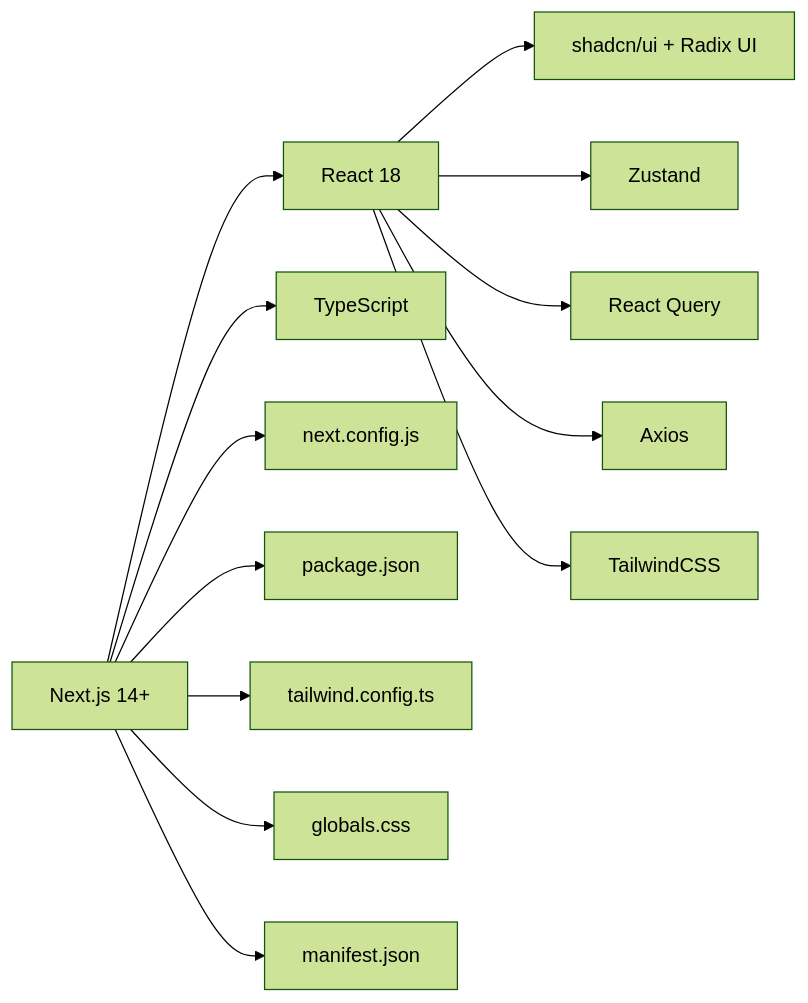
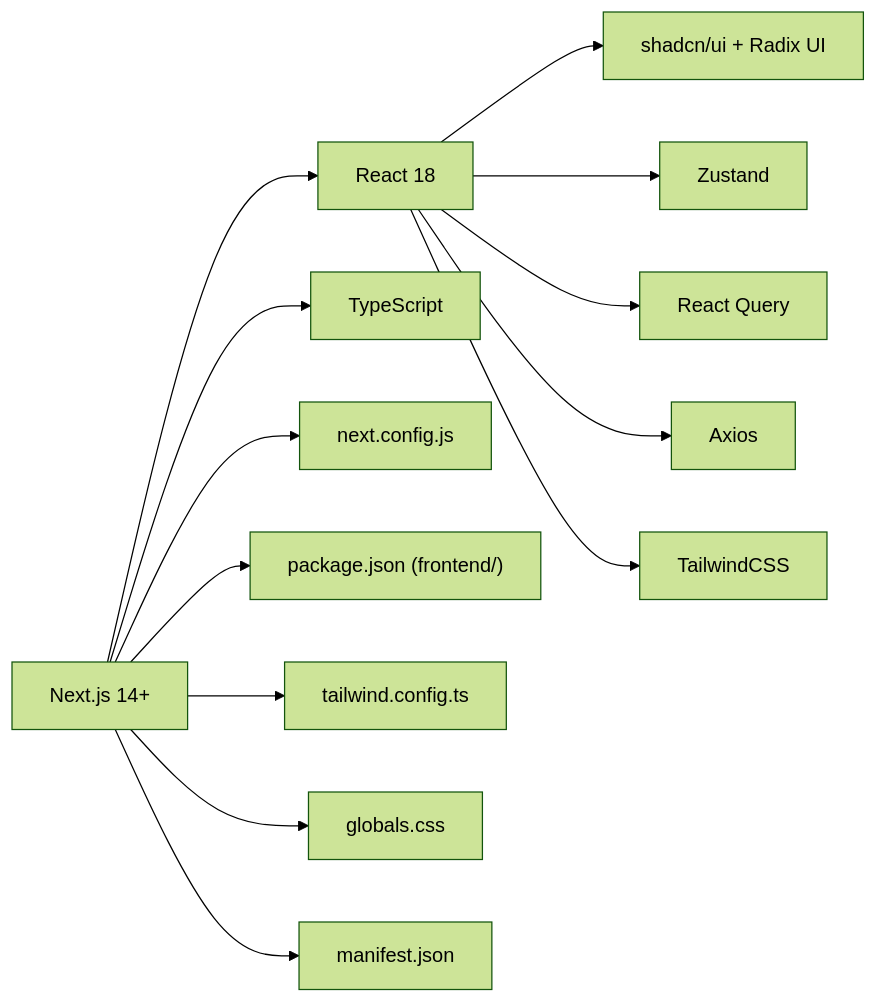
The eighth of 8 diagrams in .qoder/repowiki/zh/content/前端应用架构/前端应用架构.md (gujialind/InvestRing), drawn with Mermaid (forest theme) before and after one commit. The commit also changed other lines of this file and 32 other files, not shown here.

````diff
--- a/.qoder/repowiki/zh/content/前端应用架构/前端应用架构.md
+++ b/.qoder/repowiki/zh/content/前端应用架构/前端应用架构.md
@@ -519,15 +520,15 @@
 ```mermaid
 graph LR
 N["Next.js 14+"] --> R["React 18"]
 N --> TS["TypeScript"]
 R --> UI["shadcn/ui + Radix UI"]
 R --> Z["Zustand"]
 R --> Q["React Query"]
 R --> AX["Axios"]
 R --> TW["TailwindCSS"]
 N --> CFG["next.config.js"]
-N --> PKG["package.json"]
+N --> PKG["package.json (frontend/)"]
 N --> TWC["tailwind.config.ts"]
 N --> CSS["globals.css"]
 N --> MAN["manifest.json"]
 ```
````
